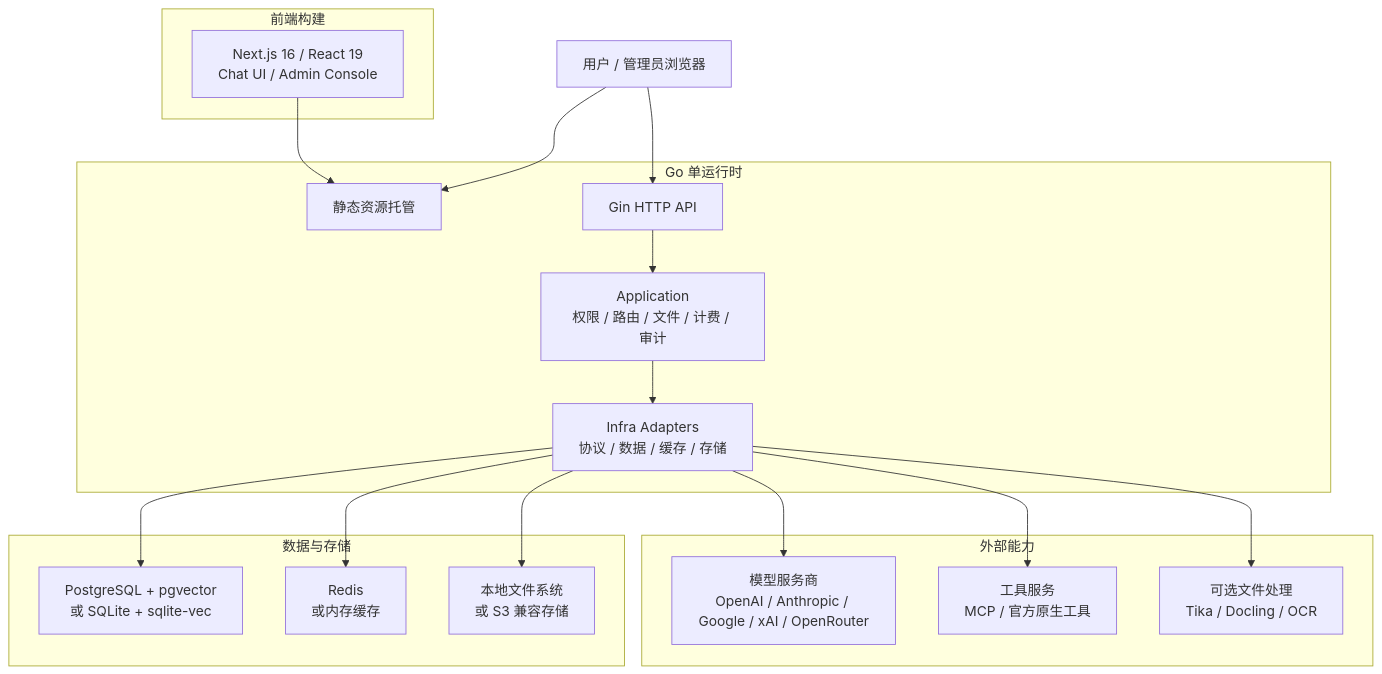
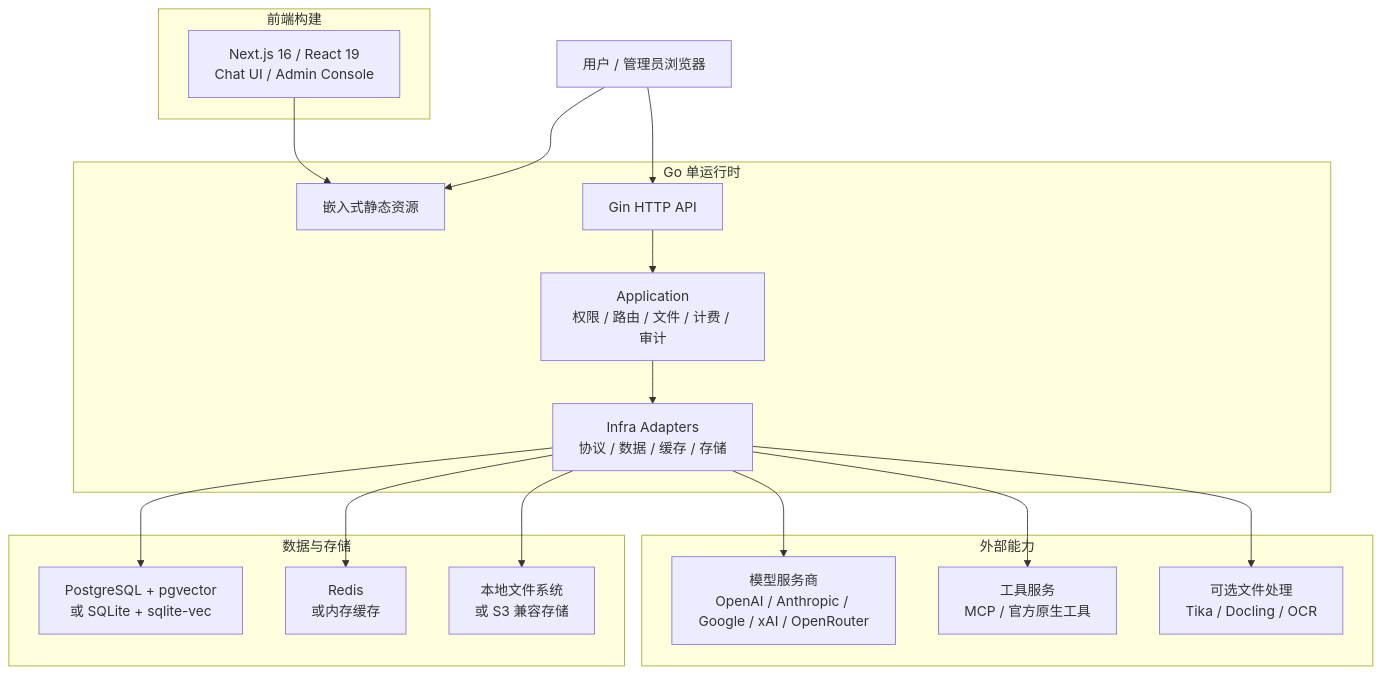
The diagram in docs/README.zh-CN.md (lieyanc/FireCortex), drawn with Mermaid before and after one commit. The commit also changed other lines of this file and 24 other files, not shown here.

````diff
--- a/docs/README.zh-CN.md
+++ b/docs/README.zh-CN.md
@@ -64,39 +64,39 @@
 ```mermaid
 flowchart TB
   Browser["用户 / 管理员浏览器"]
 
   subgraph Frontend["前端构建"]
     Web["Next.js 16 / React 19<br/>Chat UI / Admin Console"]
   end
 
   subgraph Backend["Go 单运行时"]
-    Static["静态资源托管"]
+    Static["嵌入式静态资源"]
     HTTP["Gin HTTP API"]
     App["Application<br/>权限 / 路由 / 文件 / 计费 / 审计"]
     Infra["Infra Adapters<br/>协议 / 数据 / 缓存 / 存储"]
   end
 
   subgraph External["外部能力"]
     Providers["模型服务商<br/>OpenAI / Anthropic / Google / xAI / OpenRouter"]
     Tools["工具服务<br/>MCP / 官方原生工具"]
     Extractors["可选文件处理<br/>Tika / Docling / OCR"]
   end
 
   subgraph Data["数据与存储"]
     DB["PostgreSQL + pgvector<br/>或 SQLite + sqlite-vec"]
     Cache["Redis<br/>或内存缓存"]
     Storage["本地文件系统<br/>或 S3 兼容存储"]
   end
 
   Web --> Static
   Browser --> Static
   Browser --> HTTP
   HTTP --> App
   App --> Infra
   Infra --> Providers
   Infra --> Tools
   Infra --> Extractors
   Infra --> DB
   Infra --> Cache
   Infra --> Storage
 ```
````
